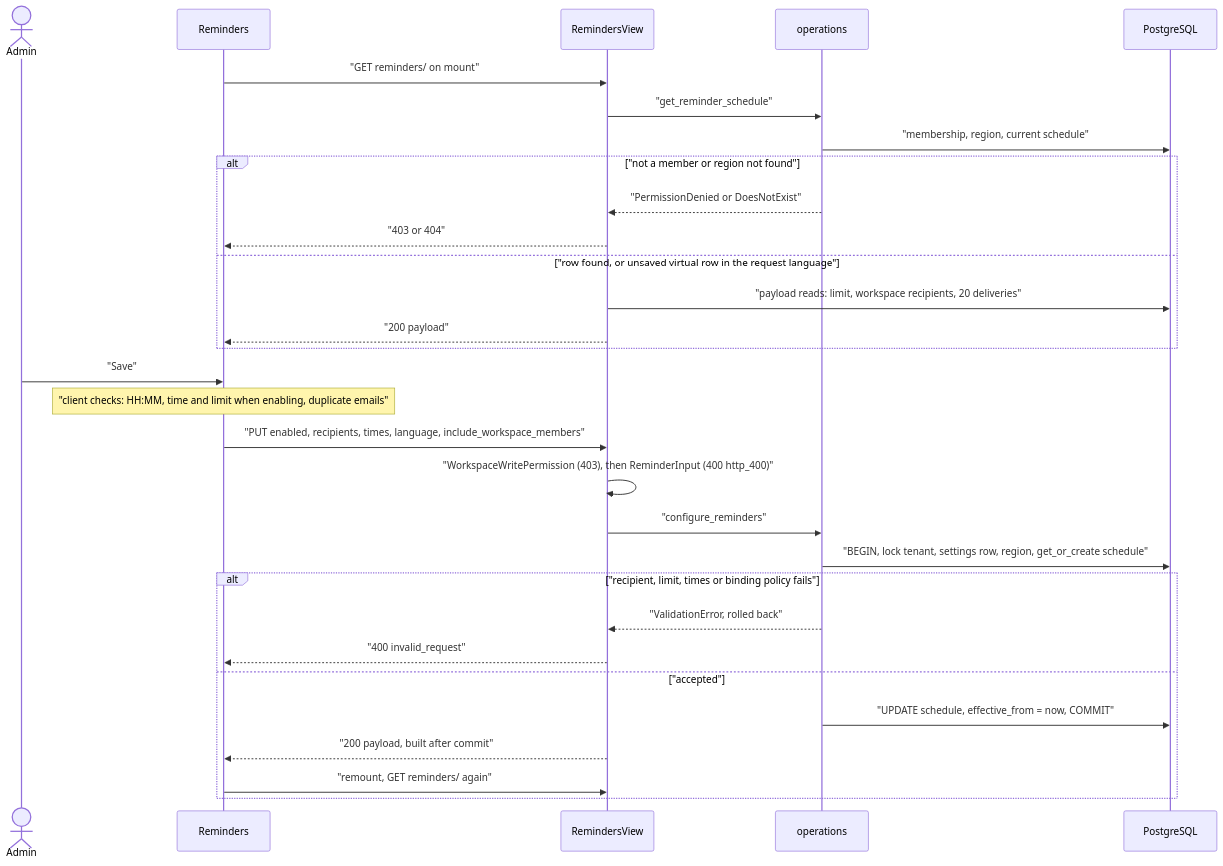
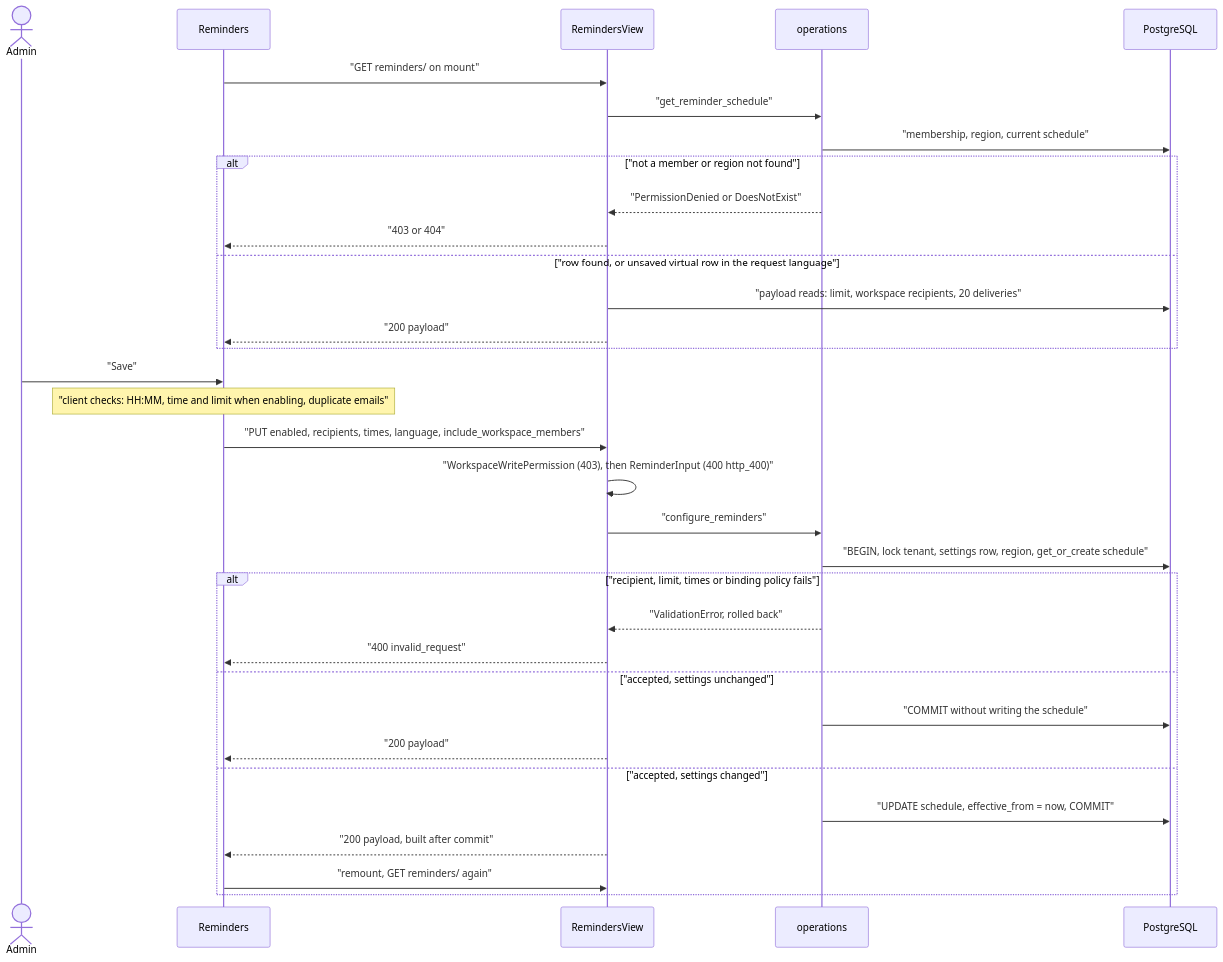
One commit to erkurtharun/pyracast changed the diagram in docs/flows/reminder-configuration.md. Above: the diagram before and after it, drawn with Mermaid. The commit also changed other lines of this file and 18 other files, not shown here.

````diff
--- a/docs/flows/reminder-configuration.md
+++ b/docs/flows/reminder-configuration.md
@@ -13,32 +13,35 @@
 ```mermaid
 sequenceDiagram
     actor A as Admin
     participant U as Reminders
     participant V as RemindersView
     participant O as operations
     participant D as PostgreSQL
     U->>V: "GET reminders/ on mount"
     V->>O: "get_reminder_schedule"
     O->>D: "membership, region, current schedule"
     alt "not a member or region not found"
         O-->>V: "PermissionDenied or DoesNotExist"
         V-->>U: "403 or 404"
     else "row found, or unsaved virtual row in the request language"
         V->>D: "payload reads: limit, workspace recipients, 20 deliveries"
         V-->>U: "200 payload"
     end
     A->>U: "Save"
     Note over U: "client checks: HH:MM, time and limit when enabling, duplicate emails"
     U->>V: "PUT enabled, recipients, times, language, include_workspace_members"
     V->>V: "WorkspaceWritePermission (403), then ReminderInput (400 http_400)"
     V->>O: "configure_reminders"
     O->>D: "BEGIN, lock tenant, settings row, region, get_or_create schedule"
     alt "recipient, limit, times or binding policy fails"
         O-->>V: "ValidationError, rolled back"
         V-->>U: "400 invalid_request"
-    else "accepted"
+    else "accepted, settings unchanged"
+        O->>D: "COMMIT without writing the schedule"
+        V-->>U: "200 payload"
+    else "accepted, settings changed"
         O->>D: "UPDATE schedule, effective_from = now, COMMIT"
         V-->>U: "200 payload, built after commit"
         U->>V: "remount, GET reminders/ again"
     end
 ```
````
